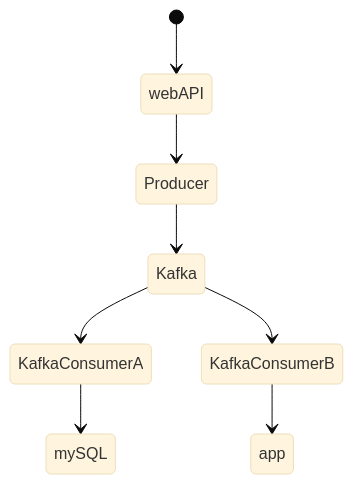
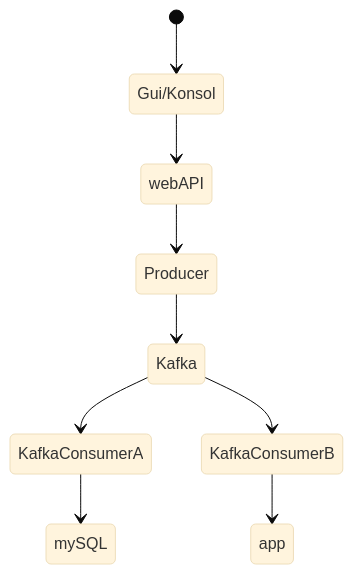
One commit to Bremmster/DWSJ changed the diagram in structure.md. Above: the diagram before and after it, drawn with Mermaid (base theme).

Commit message:
updated reqs

````diff
--- a/structure.md
+++ b/structure.md
@@ -3,10 +3,11 @@
 ```mermaid
 stateDiagram-v2
-    [*] --> webAPI
+    [*] --> Gui/Konsol
+    Gui/Konsol --> webAPI
     webAPI --> Producer
     Producer --> Kafka
     Kafka --> KafkaConsumerA
     Kafka --> KafkaConsumerB
     KafkaConsumerA --> mySQL
     KafkaConsumerB --> app
 ```
````
